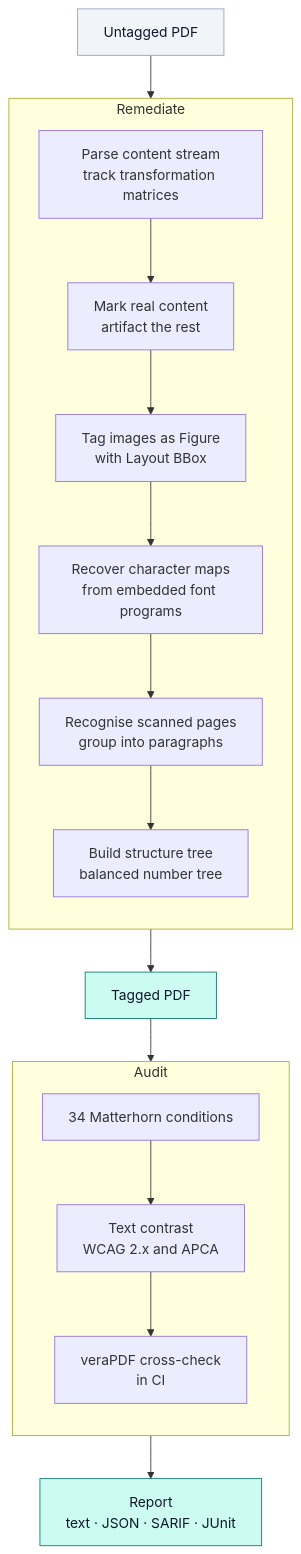
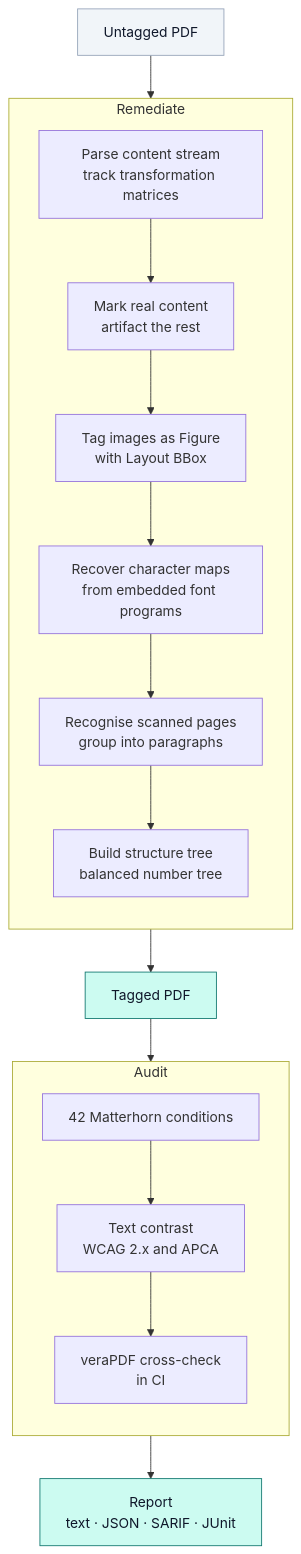
The diagram in README.md (krishaygarg/ada_pdf_remediation), drawn with Mermaid before and after one commit. The commit also changed other lines of this file and 2 other files, not shown here.

Commit message:
docs: update rule catalogue and coverage metrics for 42 implemented Matterhorn conditions

````diff
--- a/README.md
+++ b/README.md
@@ -48,30 +49,30 @@
 ```mermaid
 flowchart TB
     IN[Untagged PDF]
 
     subgraph REMEDIATE [Remediate]
         direction TB
         A[Parse content stream<br/>track transformation matrices]
         B[Mark real content<br/>artifact the rest]
         C[Tag images as Figure<br/>with Layout BBox]
         D[Recover character maps<br/>from embedded font programs]
         E[Recognise scanned pages<br/>group into paragraphs]
         F[Build structure tree<br/>balanced number tree]
         A --> B --> C --> D --> E --> F
     end
 
     subgraph AUDIT [Audit]
         direction TB
-        G[34 Matterhorn conditions]
+        G[42 Matterhorn conditions]
         H[Text contrast<br/>WCAG 2.x and APCA]
         I[veraPDF cross-check<br/>in CI]
         G --> H --> I
     end
 
     IN --> REMEDIATE --> OUT[Tagged PDF]
     OUT --> AUDIT --> REPORT[Report<br/>text · JSON · SARIF · JUnit]
 
     style IN fill:#f1f5f9,stroke:#94a3b8,color:#0f172a
     style OUT fill:#ccfbf1,stroke:#0f766e,color:#0f172a
     style REPORT fill:#ccfbf1,stroke:#0f766e,color:#0f172a
 ```
````
